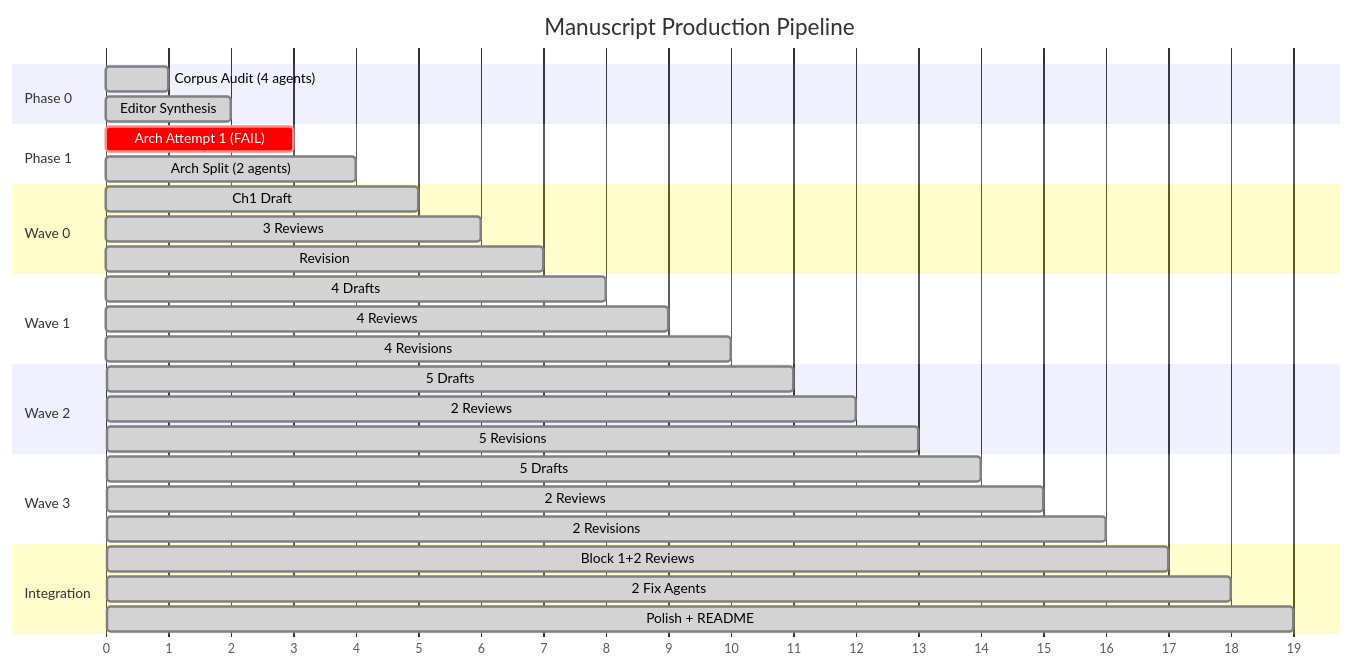
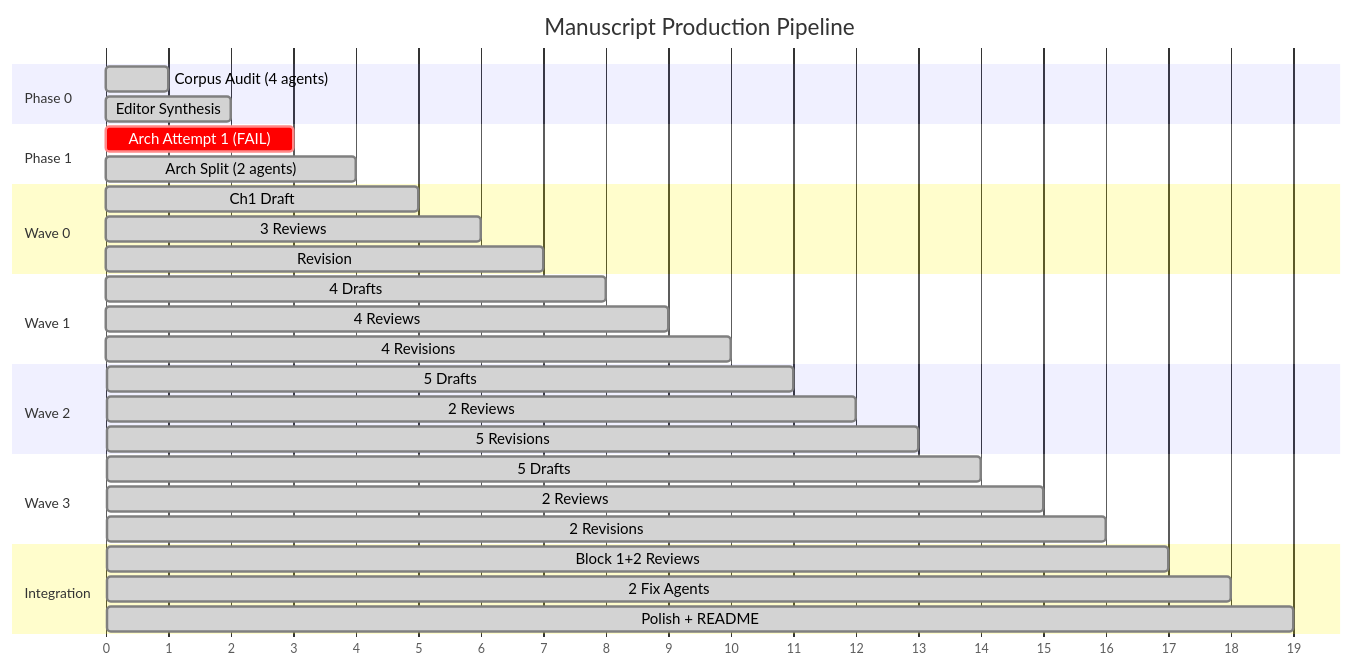
The second of 4 diagrams in case-study-handbook-writing.qmd (danielmeppiel/agentic-sdlc-handbook), drawn with Mermaid before and after one commit. The commit also changed other lines of this file and 20 other files, not shown here.

First line of the commit message:
feat: add accessibility metadata and consistent theme to all 35 diagrams

````diff
--- a/case-study-handbook-writing.qmd
+++ b/case-study-handbook-writing.qmd
@@ -77,40 +81,48 @@
 ```{mermaid}
 %%| fig-width: 4.5
+%%| fig-cap: "Manuscript production pipeline: four writing waves plus integration"
+%%| fig-alt: "Gantt chart showing six phases of manuscript production. Phase 0: Corpus Audit by 4 agents followed by Editor Synthesis. Phase 1: Architecture Attempt 1 which failed, then Architecture Split across 2 agents. Wave 0: Chapter 1 Draft, 3 Reviews, and Revision. Wave 1: 4 Drafts, 4 Reviews, 4 Revisions. Wave 2: 5 Drafts, 2 Reviews, 5 Revisions. Wave 3: 5 Drafts, 2 Reviews, 2 Revisions. Integration phase: Block 1 and 2 Reviews, 2 Fix Agents, and Polish plus README. Each phase runs sequentially with tasks within each phase also sequential."
+%%| label: fig-cs-production-pipeline
+---
+config:
+  gantt:
+    fontSize: 12
+---
 gantt
     title Manuscript Production Pipeline
     dateFormat X
     axisFormat %s
 
     section Phase 0
     Corpus Audit (4 agents)                  :done, p0, 0, 1
     Editor Synthesis                          :done, p0s, 1, 2
 
     section Phase 1
     Arch Attempt 1 (FAIL)                    :crit, p1f, 2, 3
     Arch Split (2 agents)                    :done, p1, 3, 4
 
     section Wave 0
     Ch1 Draft                                :done, w0d, 4, 5
     3 Reviews                                :done, w0r, 5, 6
     Revision                                 :done, w0v, 6, 7
 
     section Wave 1
     4 Drafts                                 :done, w1d, 7, 8
     4 Reviews                                :done, w1r, 8, 9
     4 Revisions                              :done, w1v, 9, 10
 
     section Wave 2
     5 Drafts                                 :done, w2d, 10, 11
     2 Reviews                                :done, w2r, 11, 12
     5 Revisions                              :done, w2v, 12, 13
 
     section Wave 3
     5 Drafts                                 :done, w3d, 13, 14
     2 Reviews                                :done, w3r, 14, 15
     2 Revisions                              :done, w3v, 15, 16
 
     section Integration
     Block 1+2 Reviews                        :done, ir, 16, 17
     2 Fix Agents                             :done, fix, 17, 18
     Polish + README                          :done, pol, 18, 19
 ```
````
